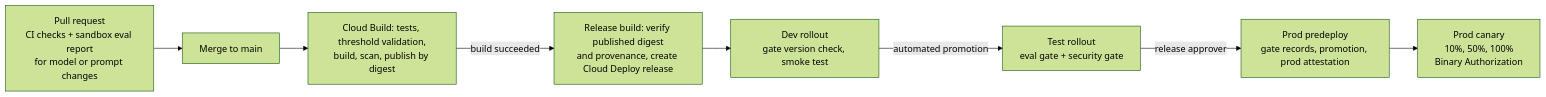
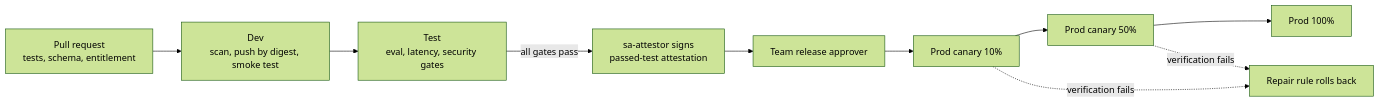
The second of 2 diagrams in architecture.md (Josephdara/tenantloom-ai), drawn with Mermaid (forest theme) before and after one commit. The commit also changed other lines of this file and 62 other files, not shown here.

````diff
--- a/architecture.md
+++ b/architecture.md
@@ -746,10 +290,12 @@
 ```mermaid
 flowchart LR
-    PR["Pull request<br/>CI checks + sandbox eval report<br/>for model or prompt changes"] --> M["Merge to main"]
-    M --> B["Cloud Build: tests, threshold validation,<br/>build, scan, publish by digest"]
-    B -->|build succeeded| REL["Release build: verify published digest<br/>and provenance, create Cloud Deploy release"]
-    REL --> DEV["Dev rollout<br/>gate version check, smoke test"]
-    DEV -->|automated promotion| TEST["Test rollout<br/>eval gate + security gate"]
-    TEST -->|release approver| PRO["Prod predeploy<br/>gate records, promotion, prod attestation"]
-    PRO --> PROD["Prod canary<br/>10%, 50%, 100%<br/>Binary Authorization"]
+    PRQ["Pull request<br/>tests, schema, entitlement"] --> DEV["Dev<br/>scan, push by digest, smoke test"]
+    DEV --> TEST["Test<br/>eval, latency, security gates"]
+    TEST -->|"all gates pass"| ATT["sa-attestor signs<br/>passed-test attestation"]
+    ATT --> APPR["Team release approver"]
+    APPR --> C10["Prod canary 10%"]
+    C10 --> C50["Prod canary 50%"]
+    C50 --> FULL["Prod 100%"]
+    C10 -.->|"verification fails"| RB["Repair rule rolls back"]
+    C50 -.->|"verification fails"| RB
 ```
````
